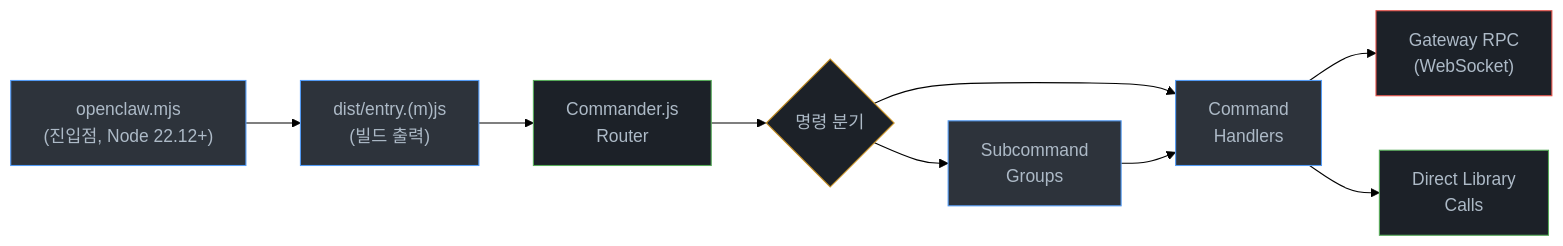
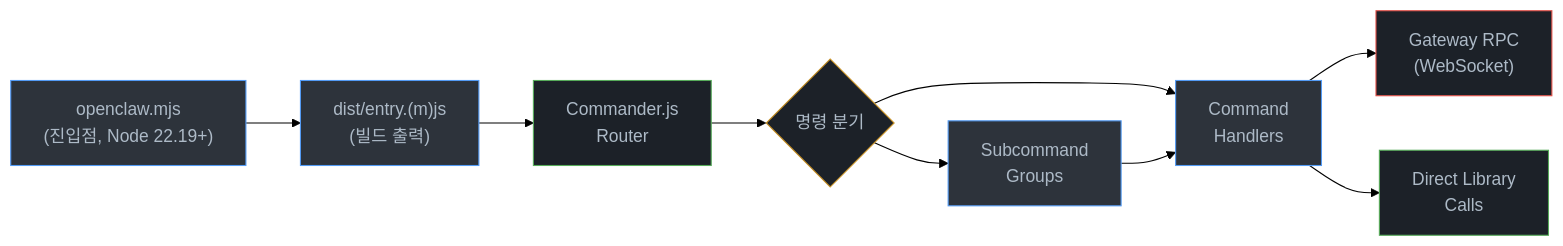
Before and after one commit to kgpark88/aiagent2026: the first of 6 diagrams in openclaw분석/05-CLI-명령-시스템.md, drawn with Mermaid (forest theme). The commit also changed other lines of this file and 11 other files, not shown here.

````diff
--- a/openclaw분석/05-CLI-명령-시스템.md
+++ b/openclaw분석/05-CLI-명령-시스템.md
@@ -13,20 +15,20 @@
 ```mermaid
 flowchart LR
-    A["openclaw.mjs<br/>(진입점, Node 22.12+)"] --> B["dist/entry.(m)js<br/>(빌드 출력)"]
+    A["openclaw.mjs<br/>(진입점, Node 22.19+)"] --> B["dist/entry.(m)js<br/>(빌드 출력)"]
     B --> C["Commander.js<br/>Router"]
     C --> D{"명령 분기"}
     D --> E["Command<br/>Handlers"]
     D --> F["Subcommand<br/>Groups"]
     E --> G["Gateway RPC<br/>(WebSocket)"]
     E --> H["Direct Library<br/>Calls"]
     F --> E
 
     style A fill:#2d333b,stroke:#539bf5,color:#adbac7
     style B fill:#2d333b,stroke:#539bf5,color:#adbac7
     style C fill:#1c2128,stroke:#57ab5a,color:#adbac7
     style D fill:#1c2128,stroke:#c69026,color:#adbac7
     style E fill:#2d333b,stroke:#539bf5,color:#adbac7
     style F fill:#2d333b,stroke:#539bf5,color:#adbac7
     style G fill:#1c2128,stroke:#e5534b,color:#adbac7
     style H fill:#1c2128,stroke:#57ab5a,color:#adbac7
 ```
````
